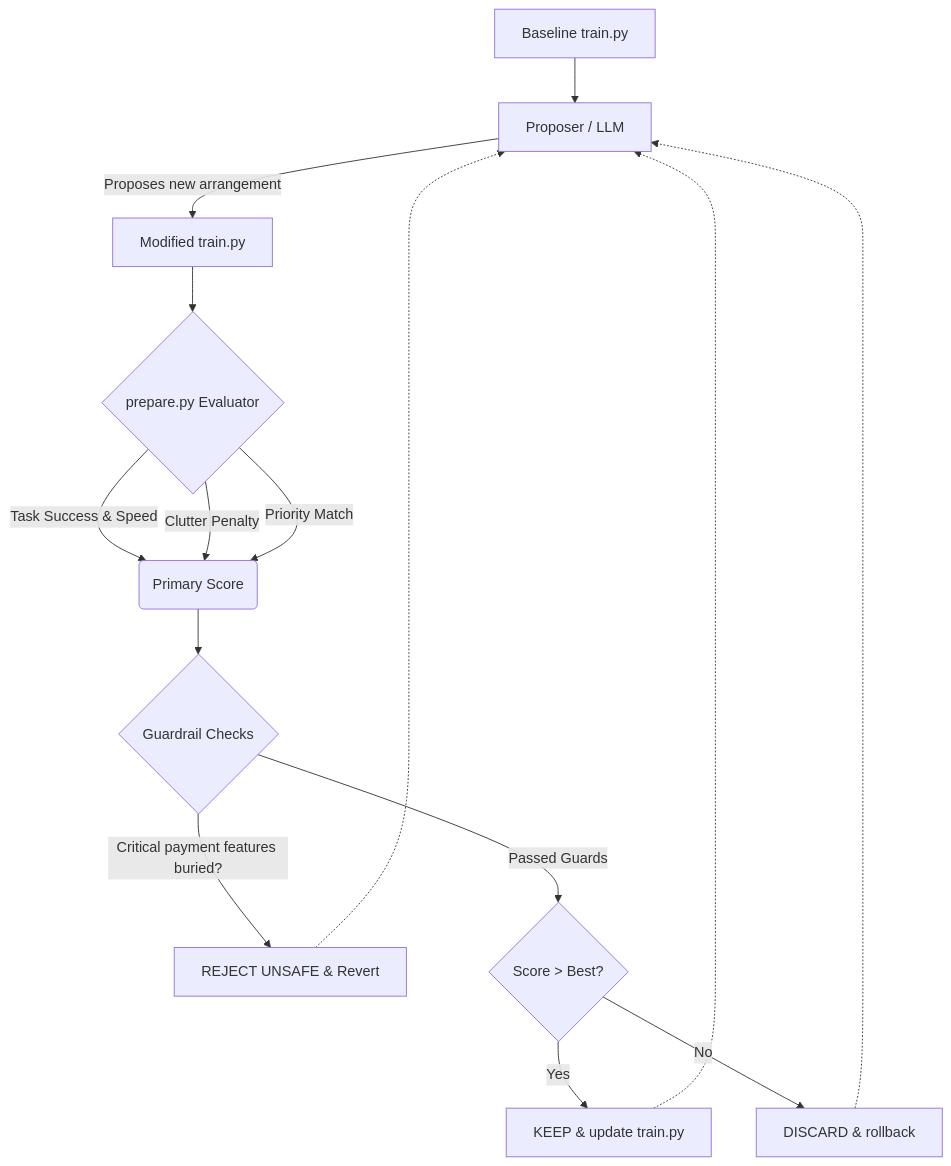
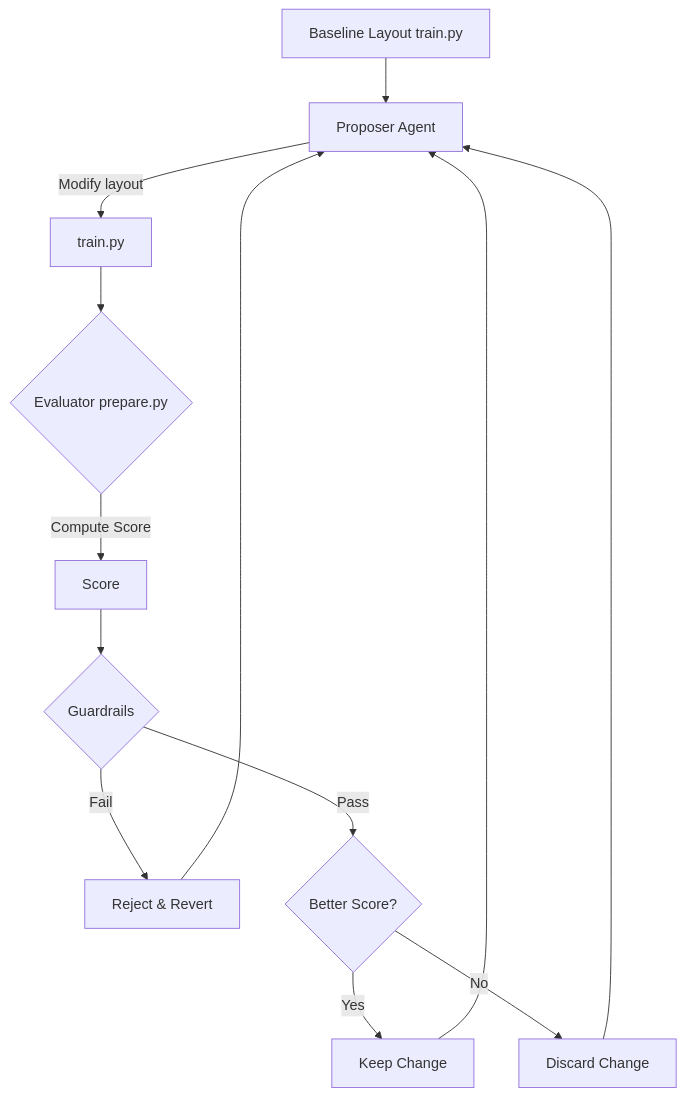
One commit to HardeepPatel/PayPilot changed the diagram in README.md. Above: the diagram before and after it, drawn with Mermaid. The commit also changed other lines of this file, not shown here.

````diff
--- a/README.md
+++ b/README.md
@@ -20,21 +40,20 @@
 ```mermaid
 graph TD
-    A[Baseline train.py] --> B[Proposer / LLM]
-    B -->|Proposes new arrangement| C[Modified train.py]
-    C --> D{prepare.py Evaluator}
+    A[Baseline Layout train.py] --> B[Proposer Agent]
+    B -->|Modify layout| C[train.py]
     
-    D -->|Task Success & Speed| E(Primary Score)
-    D -->|Clutter Penalty| E
-    D -->|Priority Match| E
+    C --> D{Evaluator prepare.py}
+    D -->|Compute Score| E[Score]
     
-    E --> F{Guardrail Checks}
-    F -->|Critical payment features buried?| G[REJECT UNSAFE & Revert]
-    F -->|Passed Guards| H{Score > Best?}
+    E --> F{Guardrails}
     
-    H -->|Yes| I[KEEP & update train.py]
-    H -->|No| J[DISCARD & rollback]
+    F -->|Fail| G[Reject & Revert]
+    F -->|Pass| H{Better Score?}
     
-    J -.-> B
-    I -.-> B
-    G -.-> B
+    H -->|Yes| I[Keep Change]
+    H -->|No| J[Discard Change]
+    
+    I --> B
+    J --> B
+    G --> B
 ```
````
